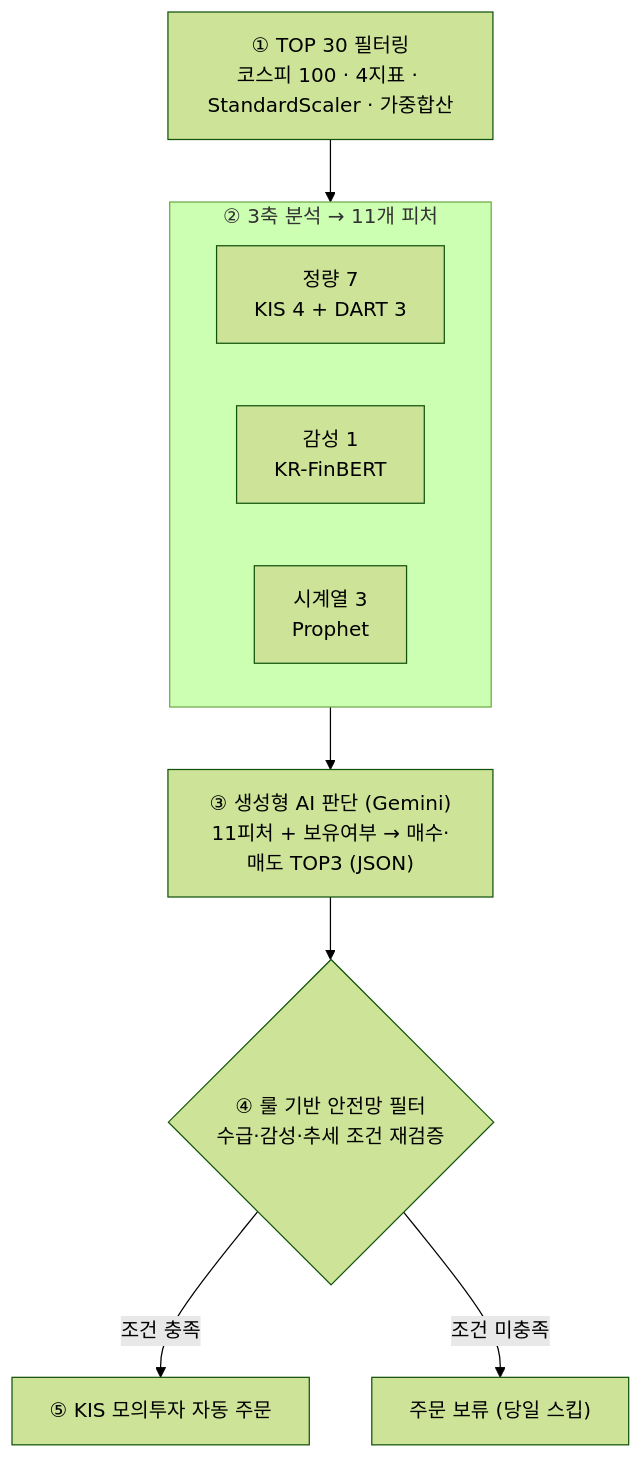
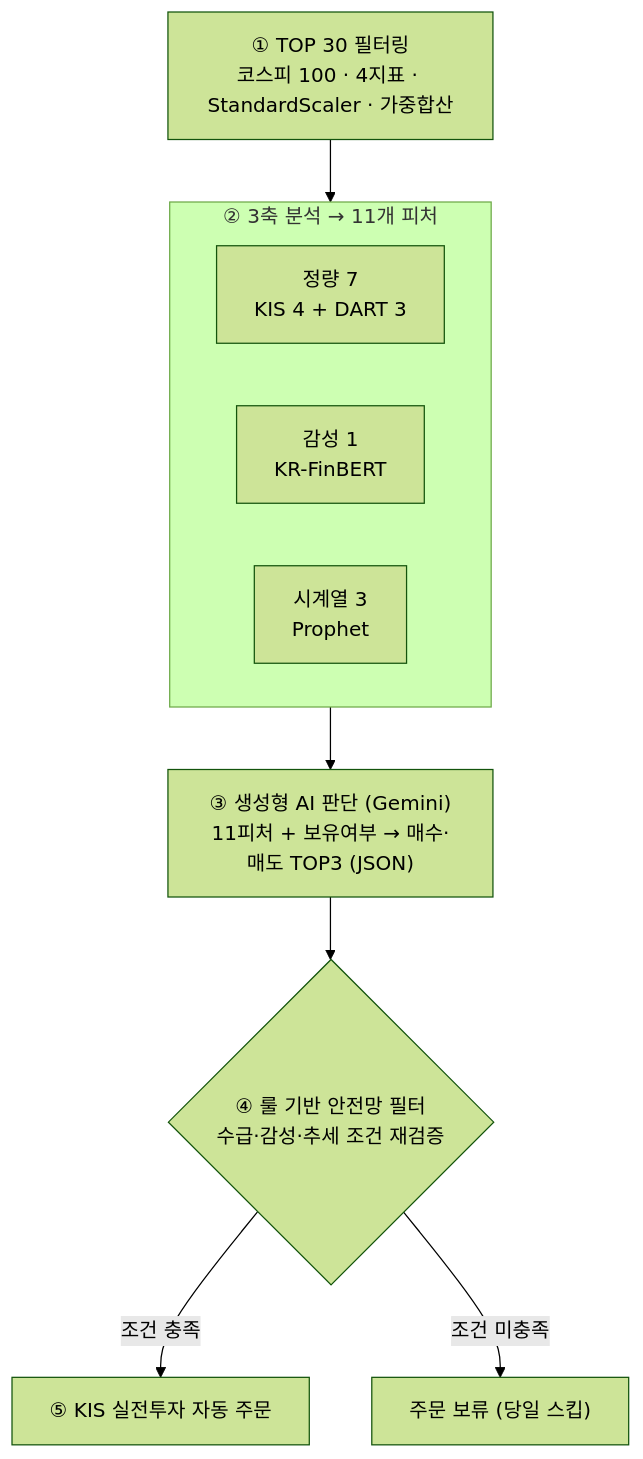
One commit to Lib0823/AssetManage_Agent-Project changed the second of 2 diagrams in README.md. Above: the diagram before and after it, drawn with Mermaid (forest theme). The commit also changed other lines of this file and 32 other files, not shown here.

````diff
--- a/README.md
+++ b/README.md
@@ -59,16 +59,16 @@
 ```mermaid
 flowchart TD
     A["① TOP 30 필터링<br/>코스피 100 · 4지표 · StandardScaler · 가중합산"] --> B
 
     subgraph B ["② 3축 분석 → 11개 피처"]
         direction LR
         B1["정량 7<br/>KIS 4 + DART 3"]
         B2["감성 1<br/>KR-FinBERT"]
         B3["시계열 3<br/>Prophet"]
     end
 
     B --> C["③ 생성형 AI 판단 (Gemini)<br/>11피처 + 보유여부 → 매수·매도 TOP3 (JSON)"]
     C --> D{"④ 룰 기반 안전망 필터<br/>수급·감성·추세 조건 재검증"}
-    D -->|조건 충족| E["⑤ KIS 모의투자 자동 주문"]
+    D -->|조건 충족| E["⑤ KIS 실전투자 자동 주문"]
     D -->|조건 미충족| F["주문 보류 (당일 스킵)"]
 ```
````
